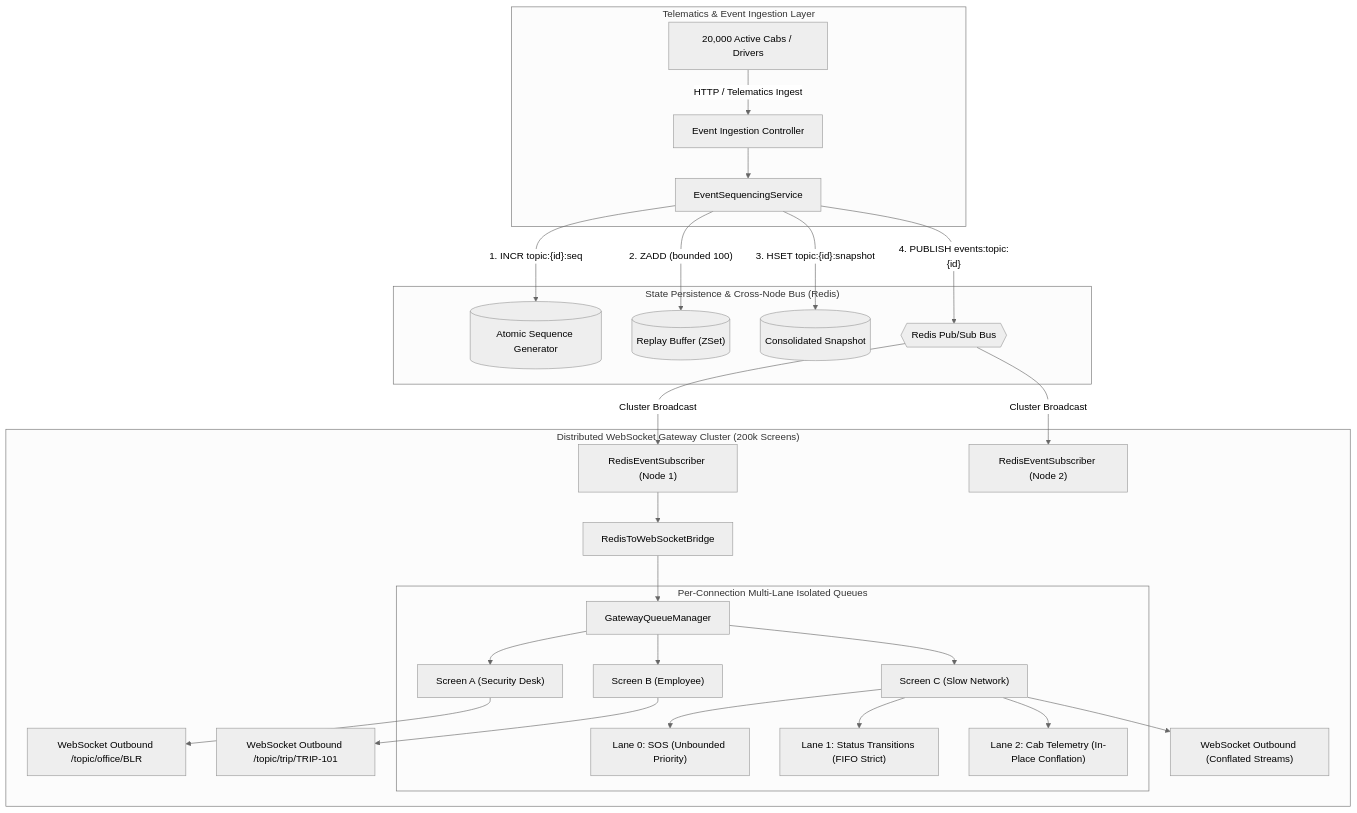
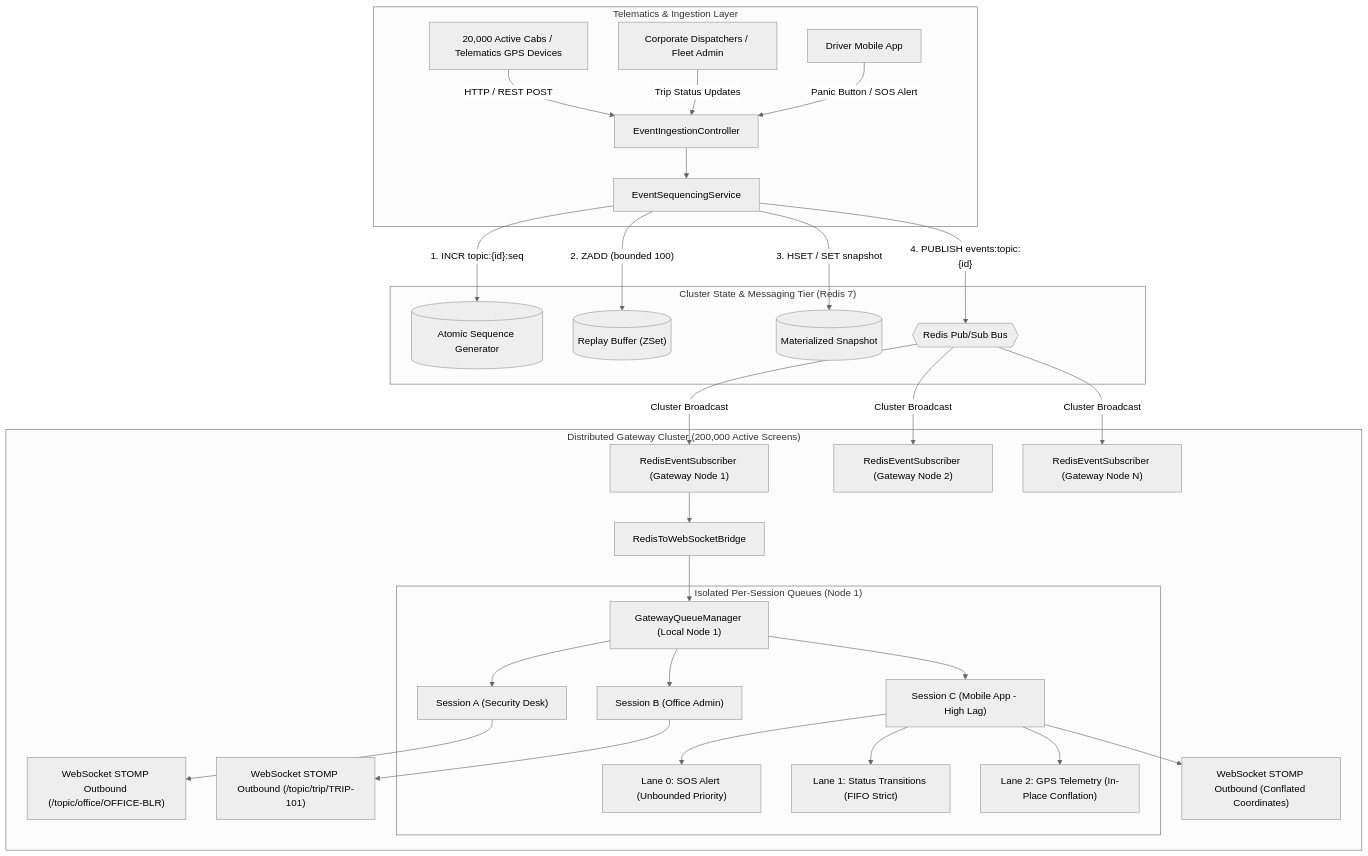
Before and after one commit to RahulBharadwaz/moveinsync-sde-casestudy4: the first of 4 diagrams in README.md, drawn with Mermaid (neutral theme). The commit also changed other lines of this file, not shown here.

Commit message:
docs: expand README with comprehensive architecture and system context

````diff
--- a/README.md
+++ b/README.md
@@ -26,36 +102,39 @@
 ```mermaid
 flowchart TD
-    subgraph Ingestion ["Telematics & Event Ingestion Layer"]
-        Cabs["20,000 Active Cabs / Drivers"] -->|HTTP / Telematics Ingest| IngestCtrl["Event Ingestion Controller"]
+    subgraph Ingestion ["Telematics & Ingestion Layer"]
+        Cabs["20,000 Active Cabs / Telematics GPS Devices"] -->|HTTP / REST POST| IngestCtrl["EventIngestionController"]
+        Dispatchers["Corporate Dispatchers / Fleet Admin"] -->|Trip Status Updates| IngestCtrl
+        Drivers["Driver Mobile App"] -->|Panic Button / SOS Alert| IngestCtrl
         IngestCtrl --> SeqSvc["EventSequencingService"]
     end
 
-    subgraph RedisCluster ["State Persistence & Cross-Node Bus (Redis)"]
+    subgraph RedisCluster ["Cluster State & Messaging Tier (Redis 7)"]
         SeqSvc -->|"1. INCR topic:{id}:seq"| RedisSeq[("Atomic Sequence Generator")]
         SeqSvc -->|"2. ZADD (bounded 100)"| RedisBuffer[("Replay Buffer (ZSet)")]
-        SeqSvc -->|"3. HSET topic:{id}:snapshot"| RedisSnap[("Consolidated Snapshot")]
+        SeqSvc -->|"3. HSET / SET snapshot"| RedisSnap[("Materialized Snapshot")]
         SeqSvc -->|"4. PUBLISH events:topic:{id}"| RedisPubSub{{"Redis Pub/Sub Bus"}}
     end
 
-    subgraph GatewayCluster ["Distributed WebSocket Gateway Cluster (200k Screens)"]
-        RedisPubSub -->|"Cluster Broadcast"| SubNode1["RedisEventSubscriber (Node 1)"]
-        RedisPubSub -->|"Cluster Broadcast"| SubNode2["RedisEventSubscriber (Node 2)"]
+    subgraph GatewayCluster ["Distributed Gateway Cluster (200,000 Active Screens)"]
+        RedisPubSub -->|"Cluster Broadcast"| SubNode1["RedisEventSubscriber (Gateway Node 1)"]
+        RedisPubSub -->|"Cluster Broadcast"| SubNode2["RedisEventSubscriber (Gateway Node 2)"]
+        RedisPubSub -->|"Cluster Broadcast"| SubNodeN["RedisEventSubscriber (Gateway Node N)"]
 
         SubNode1 --> Bridge1["RedisToWebSocketBridge"]
-        Bridge1 --> QueueMgr1["GatewayQueueManager"]
+        Bridge1 --> QueueMgr1["GatewayQueueManager (Local Node 1)"]
 
-        subgraph ClientQueues ["Per-Connection Multi-Lane Isolated Queues"]
-            QueueMgr1 --> CQ1["Screen A (Security Desk)"]
-            QueueMgr1 --> CQ2["Screen B (Employee)"]
-            QueueMgr1 --> CQ3["Screen C (Slow Network)"]
-            
-            CQ3 --> LaneSOS["Lane 0: SOS (Unbounded Priority)"]
-            CQ3 --> LaneStatus["Lane 1: Status Transitions (FIFO Strict)"]
-            CQ3 --> LaneLoc["Lane 2: Cab Telemetry (In-Place Conflation)"]
+        subgraph NodeQueues ["Isolated Per-Session Queues (Node 1)"]
+            QueueMgr1 --> CQ1["Session A (Security Desk)"]
+            QueueMgr1 --> CQ2["Session B (Office Admin)"]
+            QueueMgr1 --> CQ3["Session C (Mobile App - High Lag)"]
+
+            CQ3 --> L0["Lane 0: SOS Alert (Unbounded Priority)"]
+            CQ3 --> L1["Lane 1: Status Transitions (FIFO Strict)"]
+            CQ3 --> L2["Lane 2: GPS Telemetry (In-Place Conflation)"]
         end
 
-        CQ1 --> WS1["WebSocket Outbound /topic/office/BLR"]
-        CQ2 --> WS2["WebSocket Outbound /topic/trip/TRIP-101"]
-        CQ3 --> WS3["WebSocket Outbound (Conflated Streams)"]
+        CQ1 --> WS1["WebSocket STOMP Outbound (/topic/office/OFFICE-BLR)"]
+        CQ2 --> WS2["WebSocket STOMP Outbound (/topic/trip/TRIP-101)"]
+        CQ3 --> WS3["WebSocket STOMP Outbound (Conflated Coordinates)"]
     end
 ```
````
